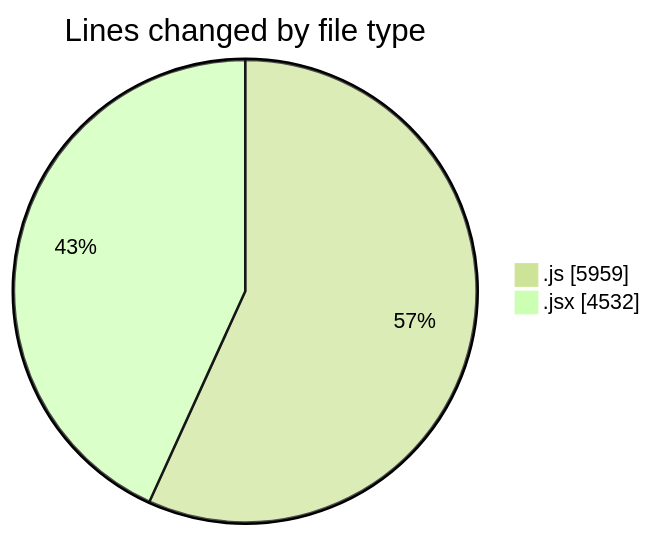
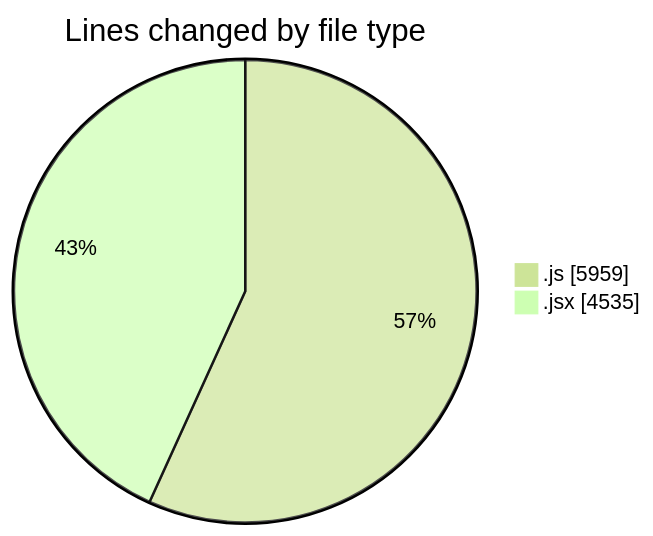
Before and after one commit to nxtqubesakshisongat/code-tracking: the first of 2 diagrams in 2025-08-13/nxtqube_webapp/README.md, drawn with Mermaid (forest theme). The commit also changed other lines of this file and 1 other file, not shown here.

````diff
--- a/2025-08-13/nxtqube_webapp/README.md
+++ b/2025-08-13/nxtqube_webapp/README.md
@@ -27,6 +27,6 @@
 ```mermaid
 pie showData
 title Lines changed by file type
 ".js" : 5959
-".jsx" : 4532
+".jsx" : 4535
 ```
````
